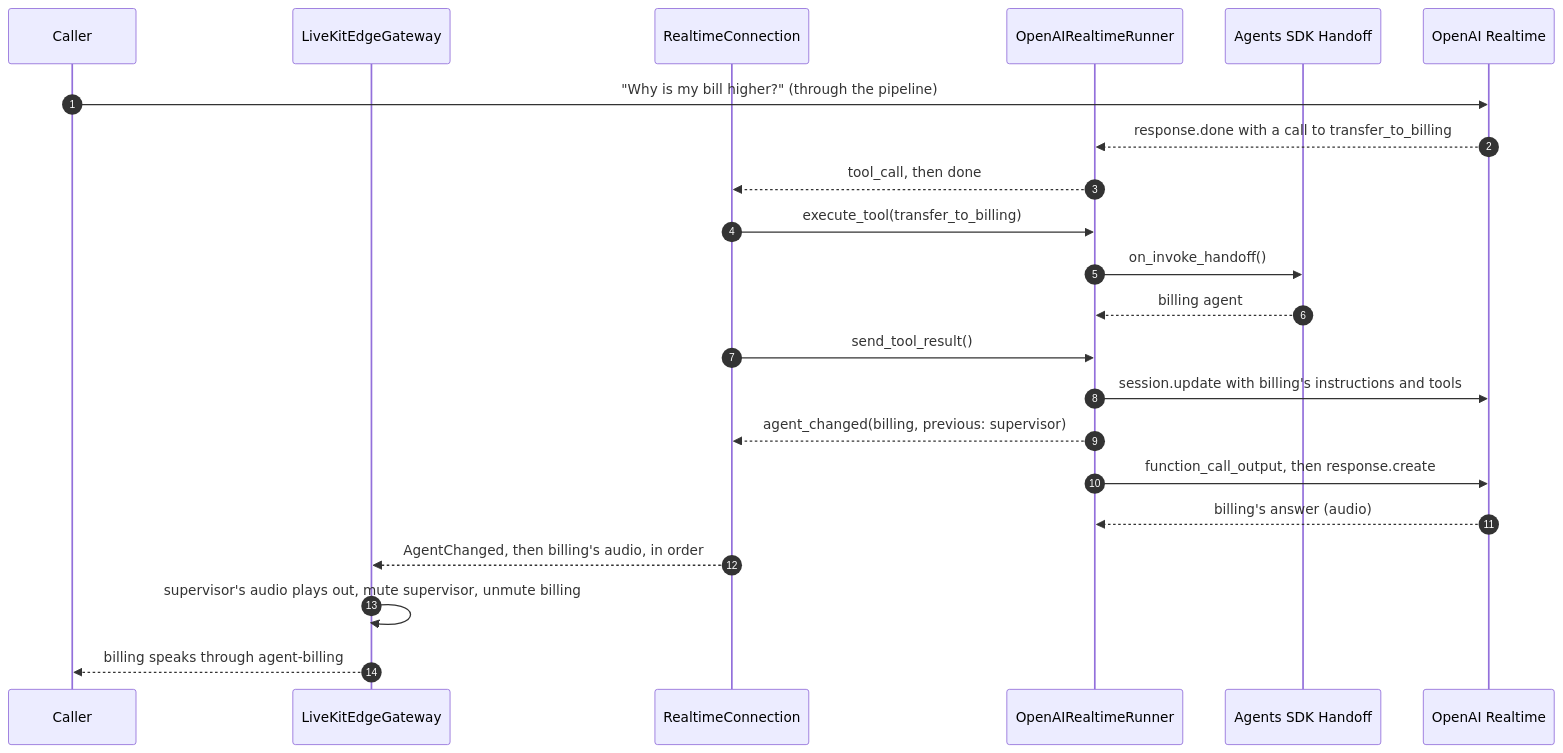
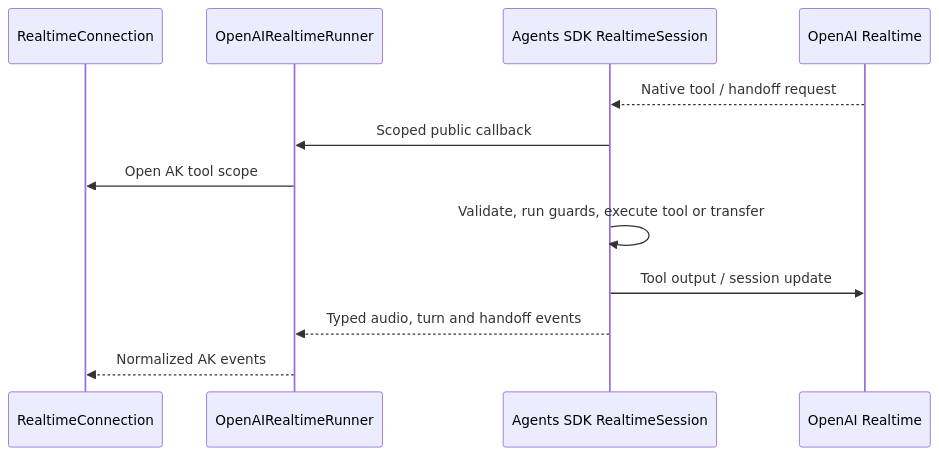
Before and after one commit to yaalalabs/agent-kernel: the fourth of 5 diagrams in docs/docs/architecture/realtime-internals.md, drawn with Mermaid. The commit also changed other lines of this file and 20 other files, not shown here.

Commit message:
feat(realtime): run OpenAI realtime calls on the Agents SDK RealtimeSession

````diff
--- a/docs/docs/architecture/realtime-internals.md
+++ b/docs/docs/architecture/realtime-internals.md
@@ -190,25 +194,14 @@
 ```mermaid
 sequenceDiagram
-    autonumber
-    participant C as Caller
-    participant GW as LiveKitEdgeGateway
     participant Pool as RealtimeConnection
     participant Adp as OpenAIRealtimeRunner
-    participant SDK as Agents SDK Handoff
+    participant SDK as Agents SDK RealtimeSession
     participant M as OpenAI Realtime
-
-    C->>M: "Why is my bill higher?" (through the pipeline)
-    M-->>Adp: response.done with a call to transfer_to_billing
-    Adp-->>Pool: tool_call, then done
-    Pool->>Adp: execute_tool(transfer_to_billing)
-    Adp->>SDK: on_invoke_handoff()
-    SDK-->>Adp: billing agent
-    Pool->>Adp: send_tool_result()
-    Adp->>M: session.update with billing's instructions and tools
-    Adp-->>Pool: agent_changed(billing, previous: supervisor)
-    Adp->>M: function_call_output, then response.create
-    M-->>Adp: billing's answer (audio)
-    Pool-->>GW: AgentChanged, then billing's audio, in order
-    GW->>GW: supervisor's audio plays out, mute supervisor, unmute billing
-    GW-->>C: billing speaks through agent-billing
+    M-->>SDK: Native tool / handoff request
+    SDK->>Adp: Scoped public callback
+    Adp->>Pool: Open AK tool scope
+    SDK->>SDK: Validate, run guards, execute tool or transfer
+    SDK->>M: Tool output / session update
+    SDK-->>Adp: Typed audio, turn and handoff events
+    Adp-->>Pool: Normalized AK events
 ```
````
